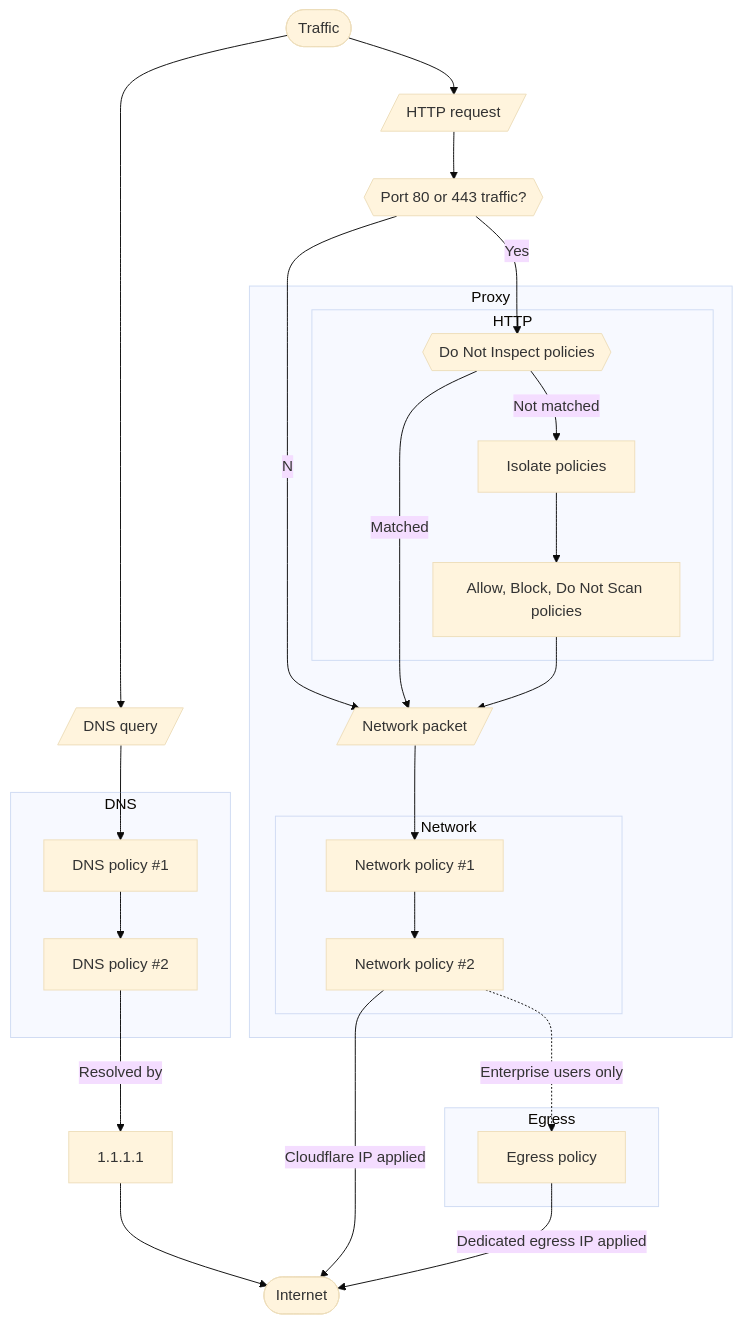
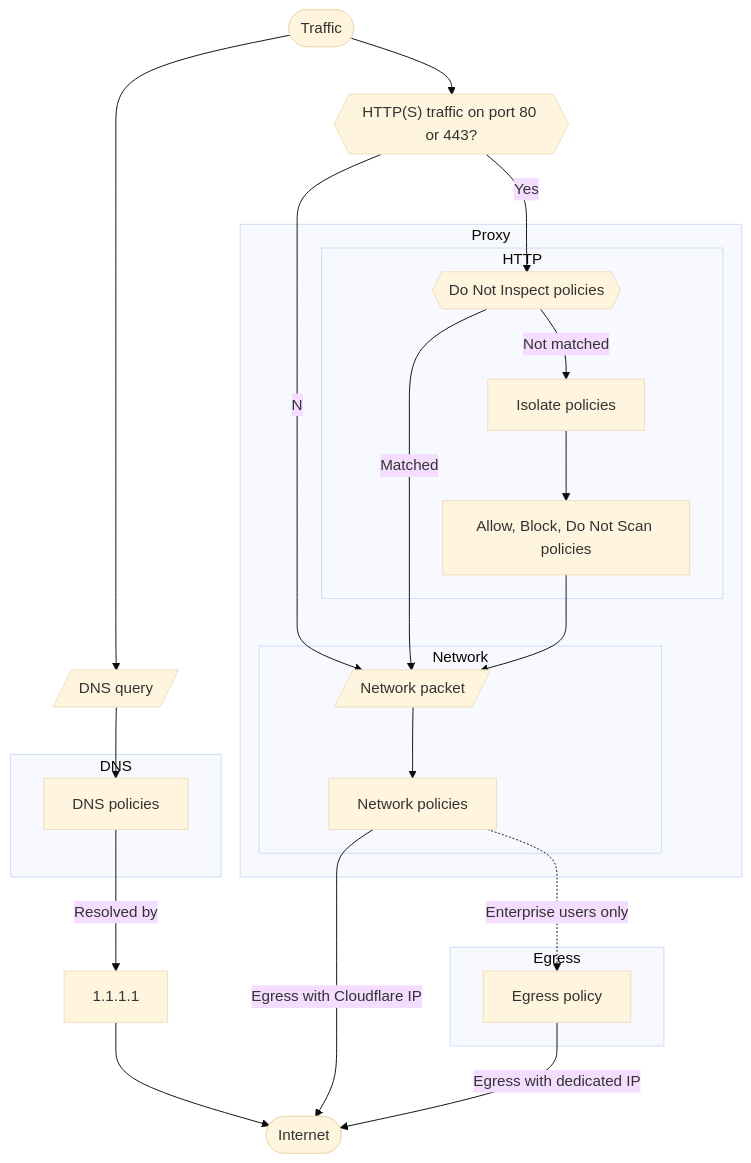
The diagram in content/cloudflare-one/policies/gateway/order-of-enforcement.md (cloudflare/cloudflare-docs), drawn with Mermaid (base theme) before and after one commit.

Commit message:
Apply suggestions

````diff
--- a/content/cloudflare-one/policies/gateway/order-of-enforcement.md
+++ b/content/cloudflare-one/policies/gateway/order-of-enforcement.md
@@ -11,44 +11,42 @@
 ```mermaid
 flowchart TB
     %% In with user traffic
     start(["Traffic"])-->dns0[/"DNS query"/]-->dns1
-    start-->http0a[/"HTTP request"/]-->http0b
-    http0b{{"Port 80 or 443 traffic?"}}
-    http0b--Yes-->http1
-    http0b--No-->network0
+    start-->http0{{"HTTP(S) traffic on port 80 or 443?"}}
+    http0--Yes-->http1
+    http0--No-->network0
 
     %% DNS policies
     subgraph DNS
-    dns1["DNS policy #1"]-->dns2["DNS policy #2"]
+    dns1["DNS policies"]
     end
-    dns2--Resolved by-->dns3["1.1.1.1"]-->internet
+    dns1--Resolved by-->dns2["1.1.1.1"]-->internet
 
     %% Proxied by Gateway
     subgraph Proxy
 
     %% HTTP policies
     subgraph HTTP
     http1{{"Do Not Inspect policies"}}
     http1--Not matched-->http2["Isolate policies"]
     http2-->http3["Allow, Block, Do Not Scan policies"]
     end
 
     http1--Matched-->network0
     http3-->network0
-    network0[/"Network packet"/]-->network1
 
     %% Network policies
     subgraph Network
-    network1["Network policy #1"]-->network2["Network policy #2"]
+    network0[/"Network packet"/]-->network1["Network policies"]
     end
     end
 
     %% Egress
     subgraph Egress
-    network2-.Enterprise users only.->egress1[Egress policy]
+    network1-.Enterprise users only.->egress1[Egress policy]
     end
 
     %% Finish
-    network2--Cloudflare IP applied-->internet([Internet])
-    egress1--Dedicated egress IP applied-->internet
+    network1--Egress with Cloudflare IP-->internet([Internet])
+    egress1--Egress with dedicated IP-->internet
 ```
````
